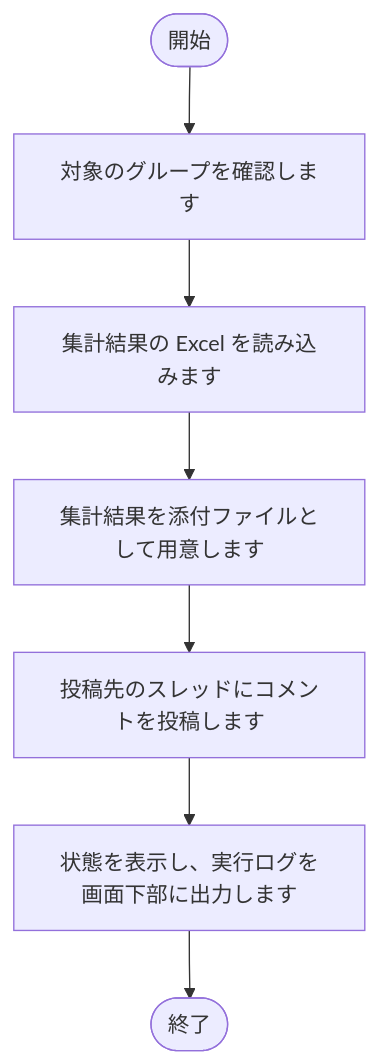
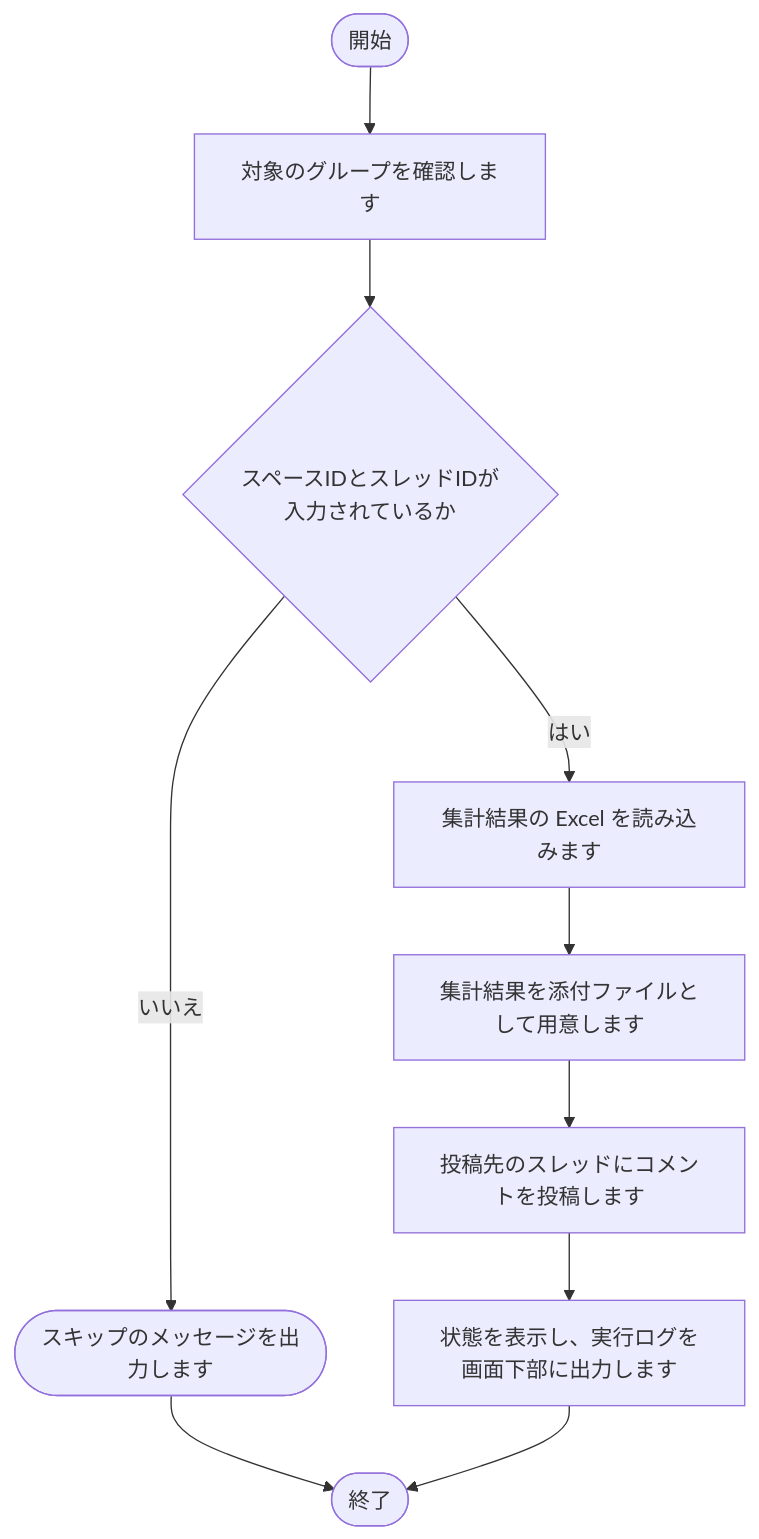
The seventh of 24 diagrams in tool/track-aggregator/doc/02_設計/処理フロー.md (nishida2073/project_management), drawn with Mermaid before and after one commit. The commit also changed other lines of this file and 16 other files, not shown here.

````diff
--- a/tool/track-aggregator/doc/02_設計/処理フロー.md
+++ b/tool/track-aggregator/doc/02_設計/処理フロー.md
@@ -172,16 +173,21 @@
 ```mermaid
 flowchart TD
     S(["開始"])
     E(["終了"])
     N1["対象のグループを確認します"]
     S --> N1
-    N2["集計結果の Excel を読み込みます"]
+    N2{"スペースIDとスレッドIDが入力されているか"}
     N1 --> N2
-    N3["集計結果を添付ファイルとして用意します"]
-    N2 --> N3
-    N4["投稿先のスレッドにコメントを投稿します"]
+    X2(["スキップのメッセージを出力します"])
+    N2 -- いいえ --> X2
+    X2 --> E
+    N3["集計結果の Excel を読み込みます"]
+    N2 -- はい --> N3
+    N4["集計結果を添付ファイルとして用意します"]
     N3 --> N4
-    N5["状態を表示し、実行ログを画面下部に出力します"]
+    N5["投稿先のスレッドにコメントを投稿します"]
     N4 --> N5
-    N5 --> E
+    N6["状態を表示し、実行ログを画面下部に出力します"]
+    N5 --> N6
+    N6 --> E
 ```
````
